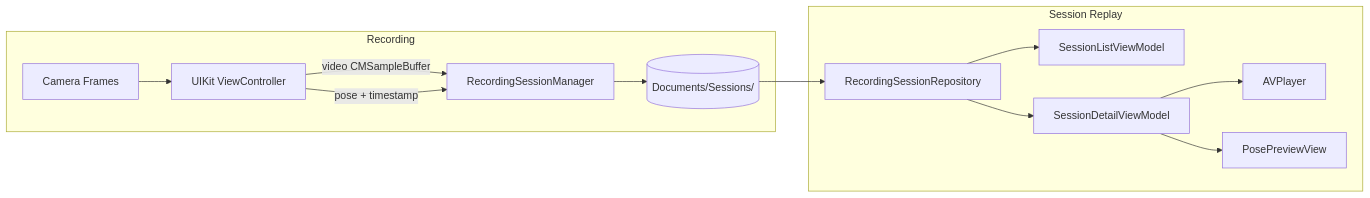
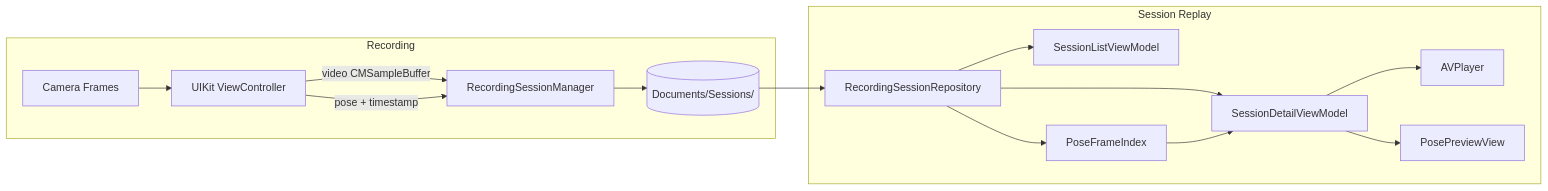
One commit to ztujing/PoseFinder-main_2 changed the diagram in docs/specs/structure.md. Above: the diagram before and after it, drawn with Mermaid. The commit also changed other lines of this file and 8 other files, not shown here.

````diff
--- a/docs/specs/structure.md
+++ b/docs/specs/structure.md
@@ -98,17 +100,19 @@
 ```mermaid
 flowchart LR
   subgraph Recording[Recording]
     Cam[Camera Frames] --> VC[UIKit ViewController]
     VC -->|video CMSampleBuffer| RSM[RecordingSessionManager]
     VC -->|pose + timestamp| RSM
     RSM --> FS[(Documents/Sessions/<id>)]
   end
 
   subgraph Replay[Session Replay]
     FS --> Repo[RecordingSessionRepository]
     Repo --> ListVM[SessionListViewModel]
     Repo --> DetailVM[SessionDetailViewModel]
+    Repo --> Index[PoseFrameIndex]
+    Index --> DetailVM
     DetailVM --> Player[AVPlayer]
     DetailVM --> PosePrev[PosePreviewView]
   end
 ```
````
